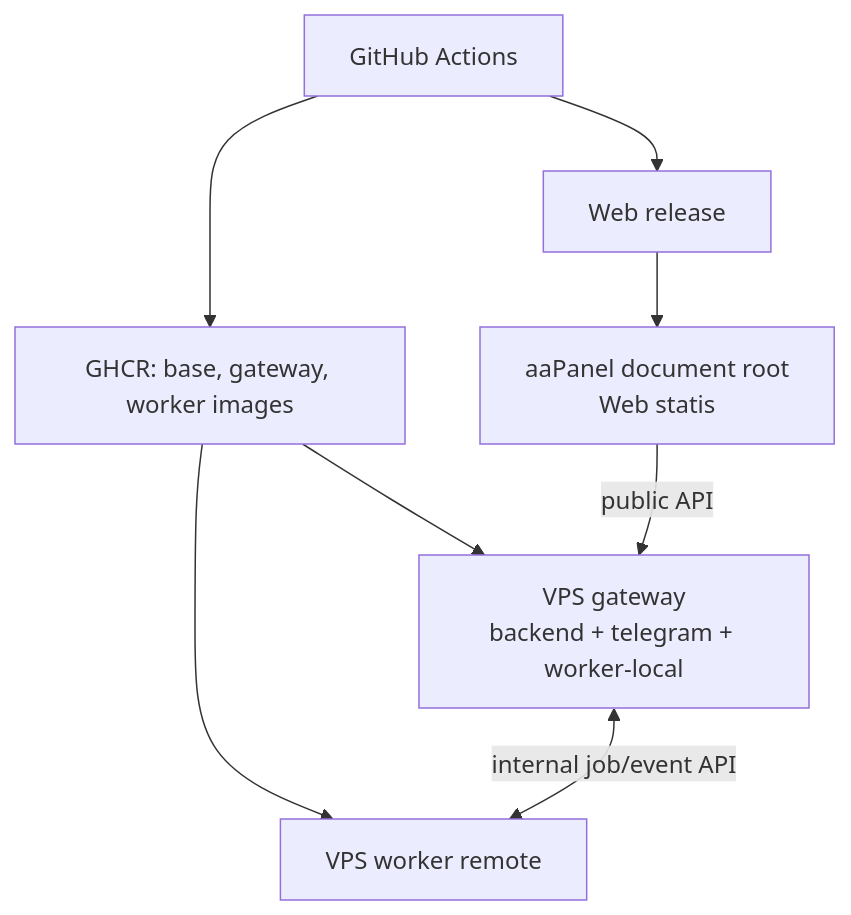
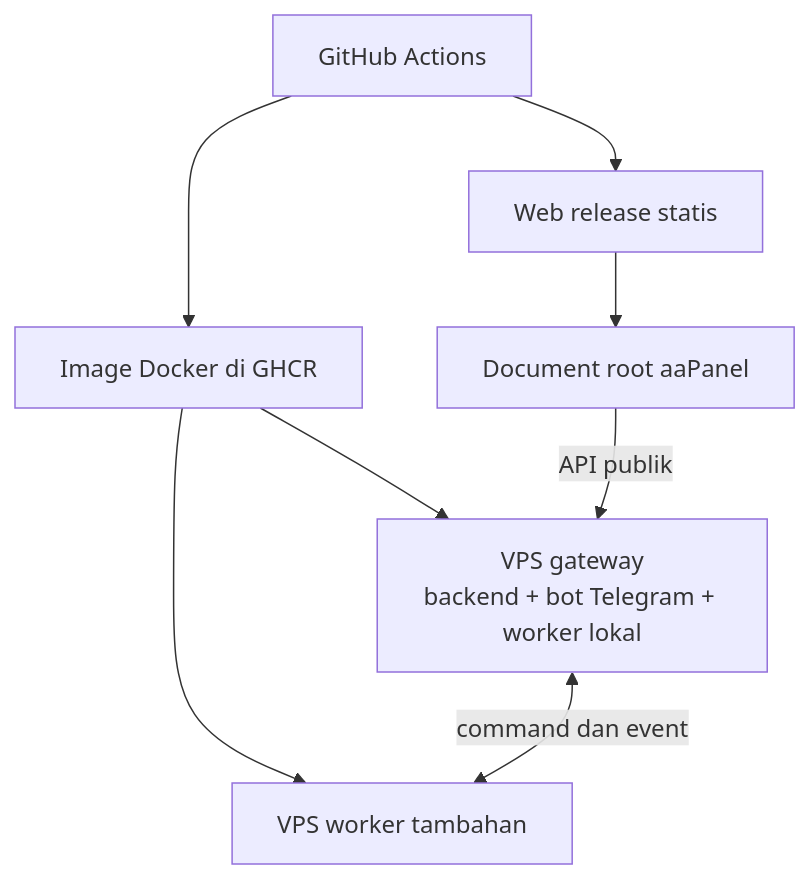
Before and after one commit to nkurnia1031/dockter_bot_tdl: the third of 3 diagrams in docs/ARSITEKTUR_SISTEM.md, drawn with Mermaid. The commit also changed other lines of this file and 35 other files, not shown here.

````diff
--- a/docs/ARSITEKTUR_SISTEM.md
+++ b/docs/ARSITEKTUR_SISTEM.md
@@ -138,17 +185,16 @@
 ```mermaid
 flowchart TB
   Actions[GitHub Actions]
-  GHCR[GHCR: base, gateway, worker images]
-  Gateway["VPS gateway<br/>backend + telegram + worker-local"]
-  Worker1[VPS worker remote]
-  AaPanel["aaPanel document root<br/>Web statis"]
-  Release[Web release]
+  Images["Image Docker di GHCR"]
+  Gateway["VPS gateway<br/>backend + bot Telegram + worker lokal"]
+  Remote["VPS worker tambahan"]
+  Release[Web release statis]
+  AaPanel["Document root aaPanel"]
 
-  Actions --> GHCR
-  GHCR --> Gateway
-  GHCR --> Worker1
-  Actions --> Release
-  Release --> AaPanel
-  AaPanel -->|public API| Gateway
-  Gateway <-->|internal job/event API| Worker1
+  Actions --> Images
+  Images --> Gateway
+  Images --> Remote
+  Actions --> Release --> AaPanel
+  AaPanel -->|API publik| Gateway
+  Gateway <-->|command dan event| Remote
 ```
````
